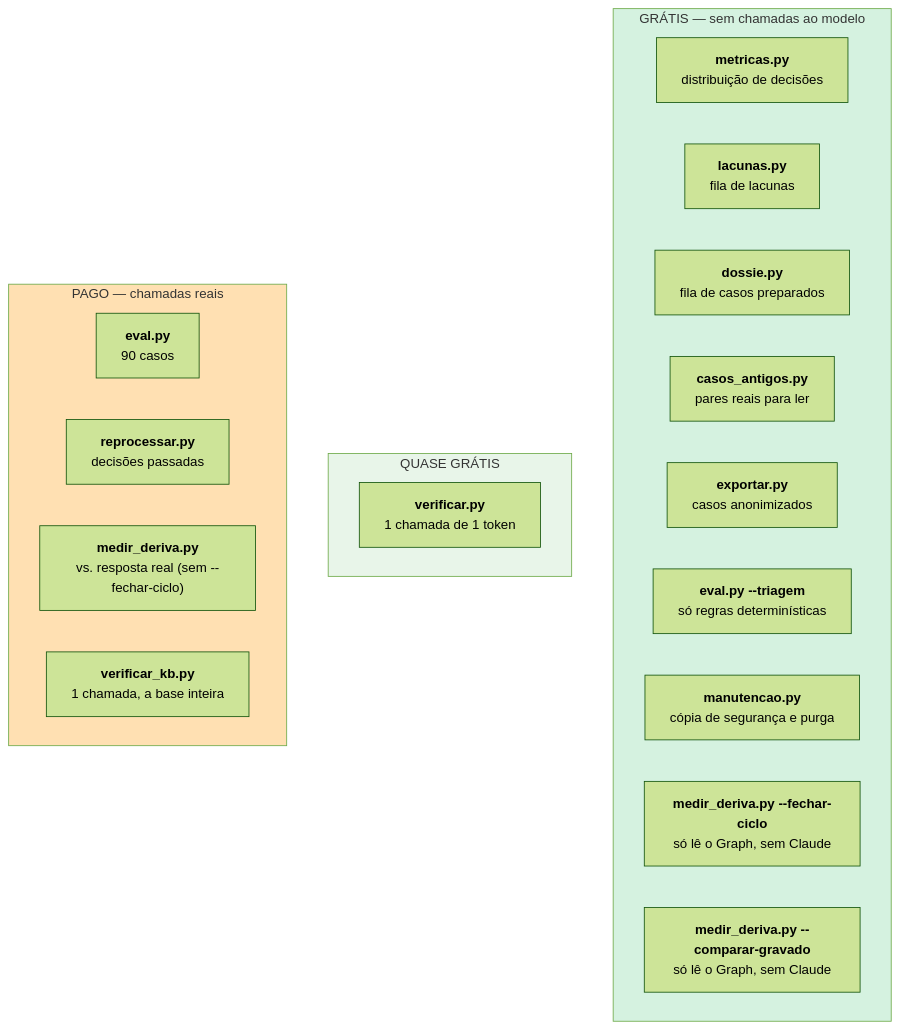
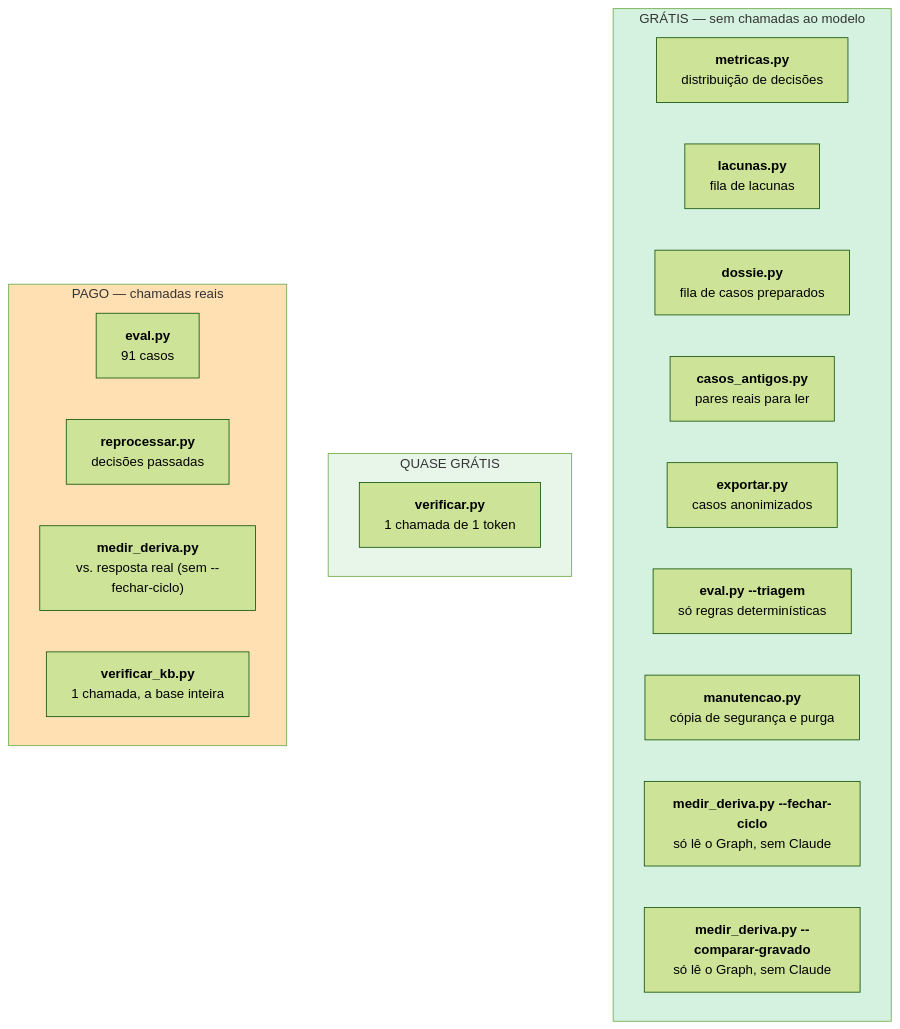
Before and after one commit to joaocarvalhini/Outlook-Reply-Assistant: the diagram in docs/06-engineering/operations.md, drawn with Mermaid (forest theme). The commit also changed 8 other files, not shown here.

````diff
--- a/docs/06-engineering/operations.md
+++ b/docs/06-engineering/operations.md
@@ -22,26 +22,26 @@
 ```mermaid
 flowchart TB
     subgraph G["GRÁTIS — sem chamadas ao modelo"]
         G1["<b>metricas.py</b><br/>distribuição de decisões"]
         G2["<b>lacunas.py</b><br/>fila de lacunas"]
         G3["<b>dossie.py</b><br/>fila de casos preparados"]
         G4["<b>casos_antigos.py</b><br/>pares reais para ler"]
         G5["<b>exportar.py</b><br/>casos anonimizados"]
         G6["<b>eval.py --triagem</b><br/>só regras determinísticas"]
         G7["<b>manutencao.py</b><br/>cópia de segurança e purga"]
         G8["<b>medir_deriva.py --fechar-ciclo</b><br/>só lê o Graph, sem Claude"]
         G9["<b>medir_deriva.py --comparar-gravado</b><br/>só lê o Graph, sem Claude"]
     end
     subgraph Q["QUASE GRÁTIS"]
         Q1["<b>verificar.py</b><br/>1 chamada de 1 token"]
     end
     subgraph P["PAGO — chamadas reais"]
-        P1["<b>eval.py</b><br/>90 casos"]
+        P1["<b>eval.py</b><br/>91 casos"]
         P2["<b>reprocessar.py</b><br/>decisões passadas"]
         P3["<b>medir_deriva.py</b><br/>vs. resposta real (sem --fechar-ciclo)"]
         P4["<b>verificar_kb.py</b><br/>1 chamada, a base inteira"]
     end
     style G fill:#d5f2e0
     style Q fill:#e8f5e9
     style P fill:#ffe0b2
 ```
````
